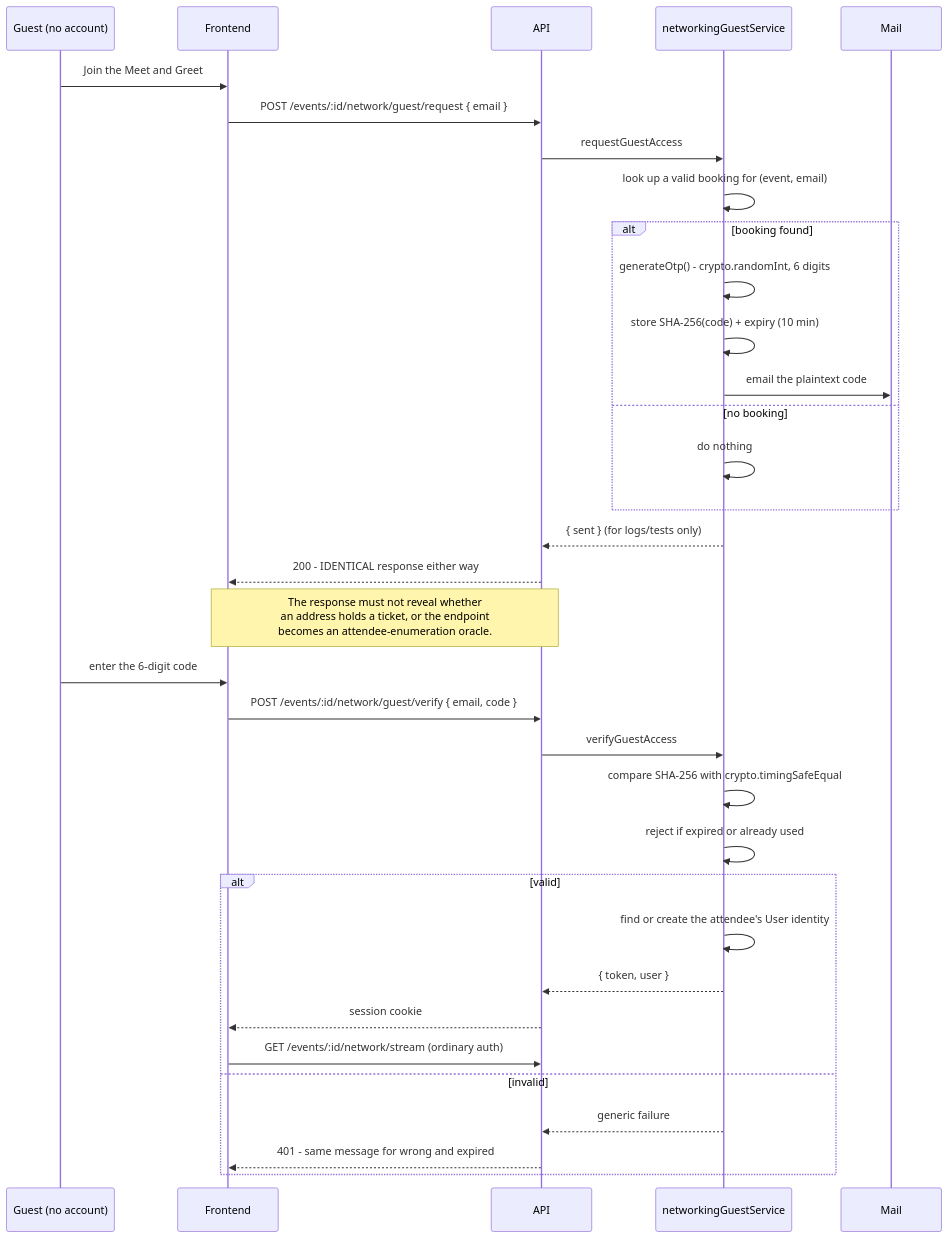
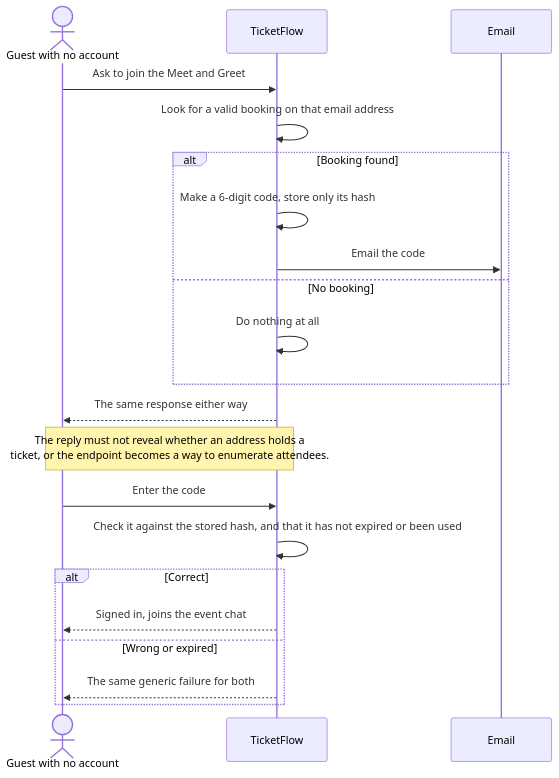
The eighth of 8 diagrams in docs/design-models.md (dLuxKid/ticketflow), drawn with Mermaid before and after one commit. The commit also changed other lines of this file and 62 other files, not shown here.

````diff
--- a/docs/design-models.md
+++ b/docs/design-models.md
@@ -390,41 +373,28 @@
 ```mermaid
 sequenceDiagram
-    participant G as Guest (no account)
-    participant F as Frontend
-    participant A as API
-    participant S as networkingGuestService
-    participant M as Mail
+    actor G as Guest with no account
+    participant APP as TicketFlow
+    participant M as Email
 
-    G->>F: Join the Meet and Greet
-    F->>A: POST /events/:id/network/guest/request { email }
-    A->>S: requestGuestAccess
-    S->>S: look up a valid booking for (event, email)
+    G->>APP: Ask to join the Meet and Greet
+    APP->>APP: Look for a valid booking on that email address
 
-    alt booking found
-        S->>S: generateOtp() - crypto.randomInt, 6 digits
-        S->>S: store SHA-256(code) + expiry (10 min)
-        S->>M: email the plaintext code
-    else no booking
-        S->>S: do nothing
+    alt Booking found
+        APP->>APP: Make a 6-digit code, store only its hash
+        APP->>M: Email the code
+    else No booking
+        APP->>APP: Do nothing at all
     end
 
-    S-->>A: { sent } (for logs/tests only)
-    A-->>F: 200 - IDENTICAL response either way
-    Note over A,F: The response must not reveal whether<br/>an address holds a ticket, or the endpoint<br/>becomes an attendee-enumeration oracle.
+    APP-->>G: The same response either way
+    Note over APP,G: The reply must not reveal whether an address holds a<br/>ticket, or the endpoint becomes a way to enumerate attendees.
 
-    G->>F: enter the 6-digit code
-    F->>A: POST /events/:id/network/guest/verify { email, code }
-    A->>S: verifyGuestAccess
-    S->>S: compare SHA-256 with crypto.timingSafeEqual
-    S->>S: reject if expired or already used
+    G->>APP: Enter the code
+    APP->>APP: Check it against the stored hash, and that it has not expired or been used
 
-    alt valid
-        S->>S: find or create the attendee's User identity
-        S-->>A: { token, user }
-        A-->>F: session cookie
-        F->>A: GET /events/:id/network/stream (ordinary auth)
-    else invalid
-        S-->>A: generic failure
-        A-->>F: 401 - same message for wrong and expired
+    alt Correct
+        APP-->>G: Signed in, joins the event chat
+    else Wrong or expired
+        APP-->>G: The same generic failure for both
     end
 ```
````
